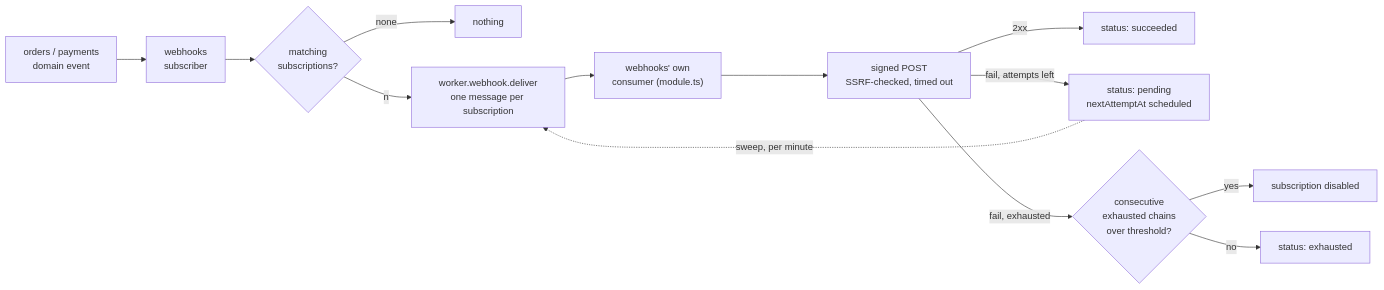
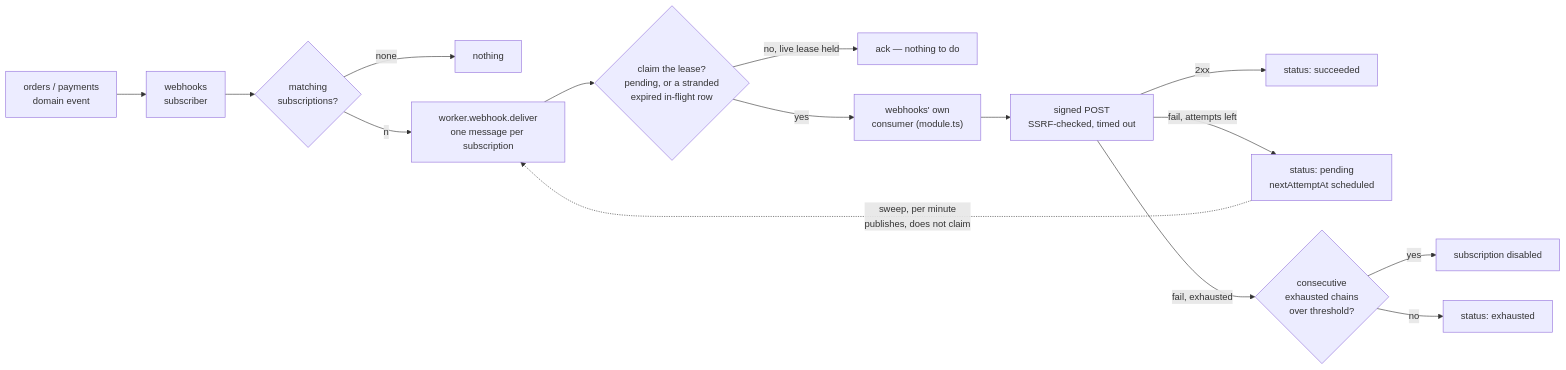
The third of 3 diagrams in docs/modules/webhooks.md (Guebbit/boilerplate-node-backend), drawn with Mermaid before and after one commit. The commit also changed other lines of this file and 11 other files, not shown here.

First line of the commit message:
fix(webhooks): the delivery lease

````diff
--- a/docs/modules/webhooks.md
+++ b/docs/modules/webhooks.md
@@ -97,15 +97,17 @@
 ```mermaid
 flowchart LR
     SVC["orders / payments<br/>domain event"] --> PUB["webhooks<br/>subscriber"]
     PUB --> MATCH{"matching<br/>subscriptions?"}
     MATCH -->|none| DROP["nothing"]
     MATCH -->|n| Q["worker.webhook.deliver<br/>one message per subscription"]
-    Q --> W["webhooks' own<br/>consumer (module.ts)"]
+    Q --> CLAIM{"claim the lease?<br/>pending, or a stranded<br/>expired in-flight row"}
+    CLAIM -->|no, live lease held| ACK["ack — nothing to do"]
+    CLAIM -->|yes| W["webhooks' own<br/>consumer (module.ts)"]
     W --> HTTP["signed POST<br/>SSRF-checked, timed out"]
     HTTP -->|2xx| OK["status: succeeded"]
     HTTP -->|fail, attempts left| BACK["status: pending<br/>nextAttemptAt scheduled"]
     HTTP -->|fail, exhausted| DIS{"consecutive<br/>exhausted chains<br/>over threshold?"}
     DIS -->|yes| OFF["subscription disabled"]
     DIS -->|no| DONE["status: exhausted"]
-    BACK -.->|sweep, per minute| Q
+    BACK -.->|sweep, per minute<br/>publishes, does not claim| Q
 ```
````
